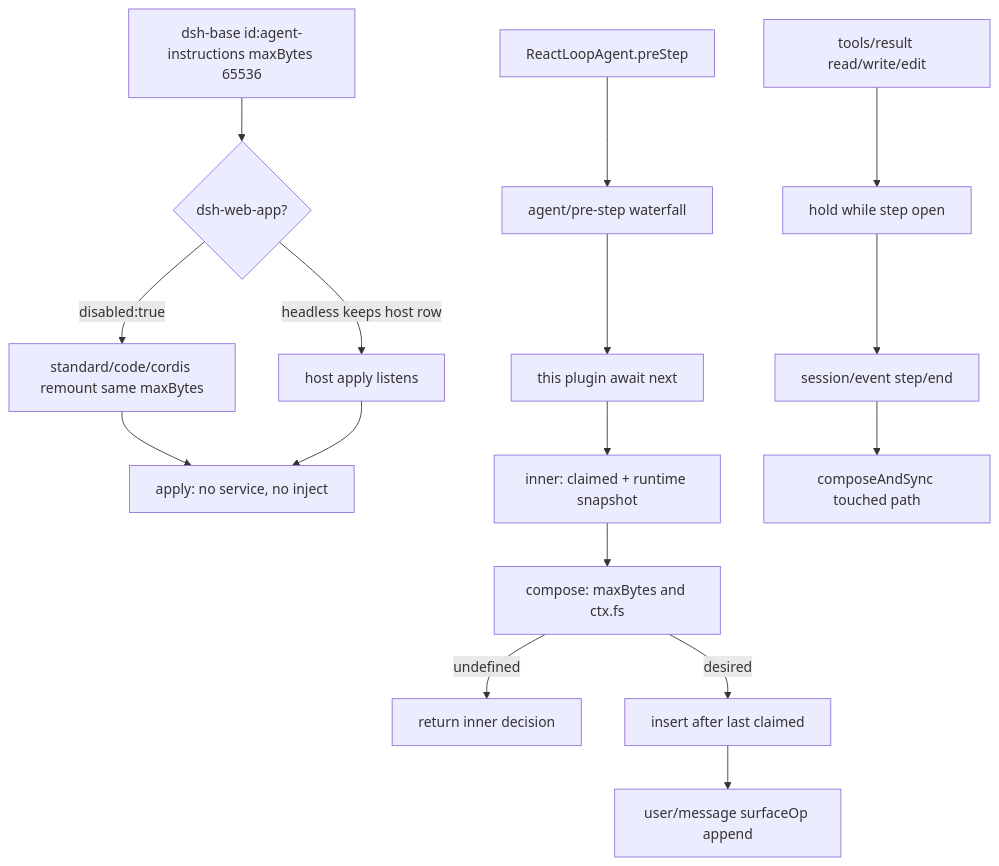
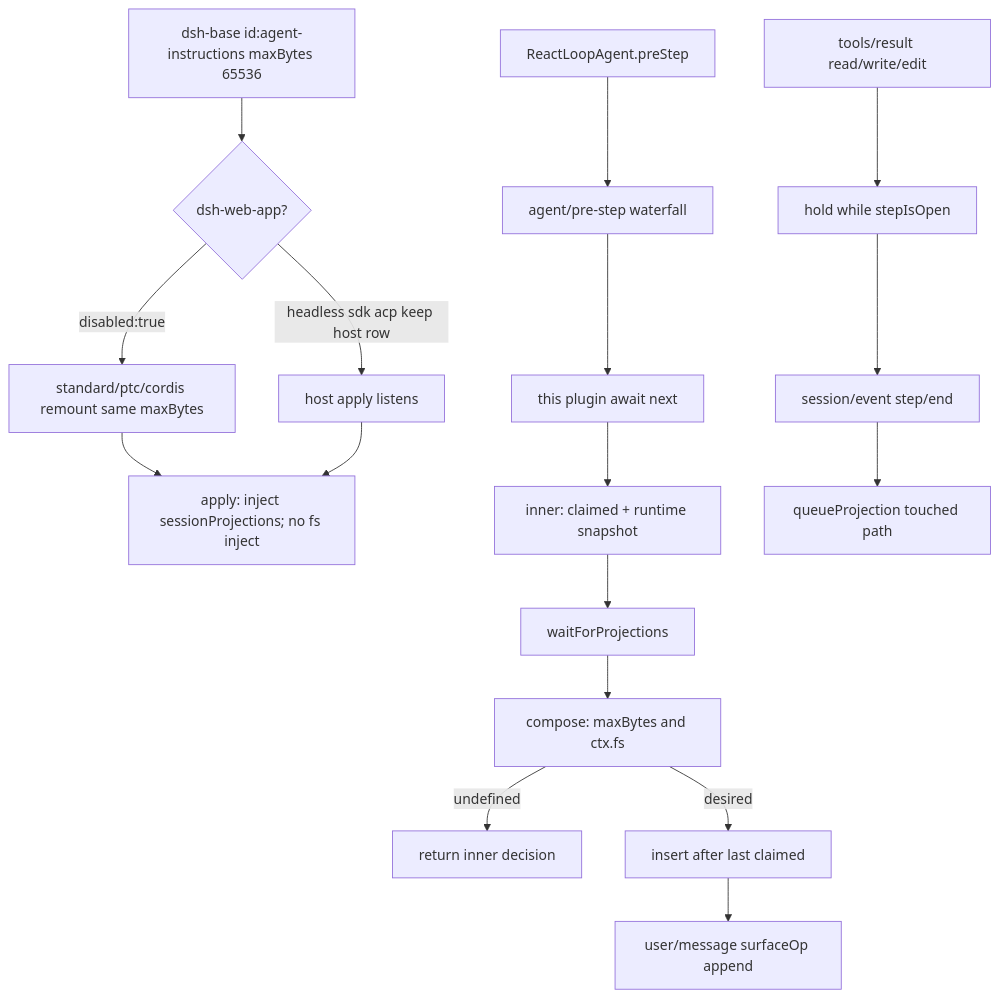
The diagram in docs/llm-wiki/deepseek-harness/subsystems/context/agent-instructions.md (wdnmdtonyma/SOTA-Agent-LLM-Wiki), drawn with Mermaid before and after one commit. The commit also changed other lines of this file and 217 other files, not shown here.

````diff
--- a/docs/llm-wiki/deepseek-harness/subsystems/context/agent-instructions.md
+++ b/docs/llm-wiki/deepseek-harness/subsystems/context/agent-instructions.md
@@ -115,18 +118,19 @@
 ```mermaid
 flowchart TD
   Base["dsh-base id:agent-instructions maxBytes 65536"] --> Web{"dsh-web-app?"}
-  Web -->|disabled:true| Preset["standard/code/cordis remount same maxBytes"]
-  Web -->|headless keeps host row| HostLive["host apply listens"]
-  Preset --> Apply["apply: no service, no inject"]
+  Web -->|disabled:true| Preset["standard/ptc/cordis remount same maxBytes"]
+  Web -->|headless sdk acp keep host row| HostLive["host apply listens"]
+  Preset --> Apply["apply: inject sessionProjections; no fs inject"]
   HostLive --> Apply
   Loop["ReactLoopAgent.preStep"] --> WF["agent/pre-step waterfall"]
   WF --> Next["this plugin await next"]
   Next --> Inner["inner: claimed + runtime snapshot"]
-  Inner --> Compose["compose: maxBytes and ctx.fs"]
+  Inner --> Wait["waitForProjections"]
+  Wait --> Compose["compose: maxBytes and ctx.fs"]
   Compose -->|undefined| Pass["return inner decision"]
   Compose -->|desired| Splice["insert after last claimed"]
   Splice --> Append["user/message surfaceOp append"]
-  Touch["tools/result read/write/edit"] --> Defer["hold while step open"]
+  Touch["tools/result read/write/edit"] --> Defer["hold while stepIsOpen"]
   Defer --> StepEnd["session/event step/end"]
-  StepEnd --> Reconcile["composeAndSync touched path"]
+  StepEnd --> Reconcile["queueProjection touched path"]
 ```
````
